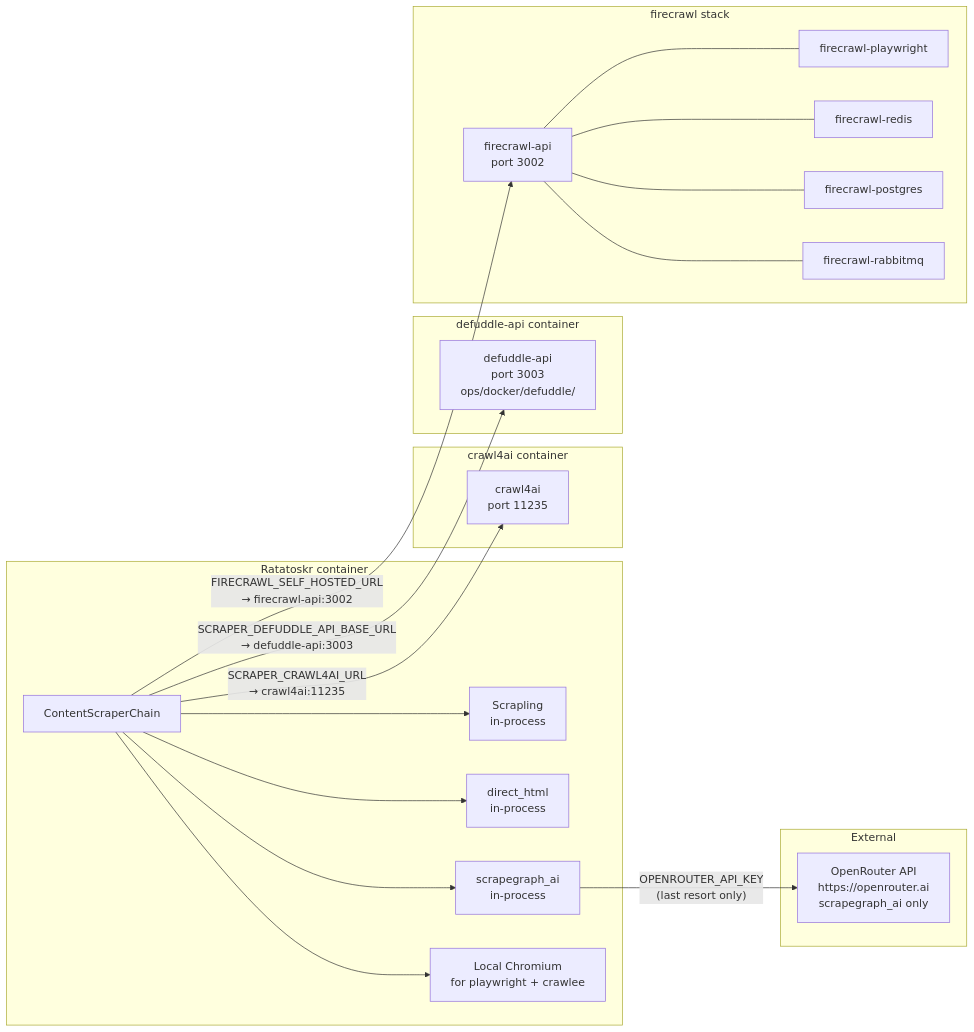
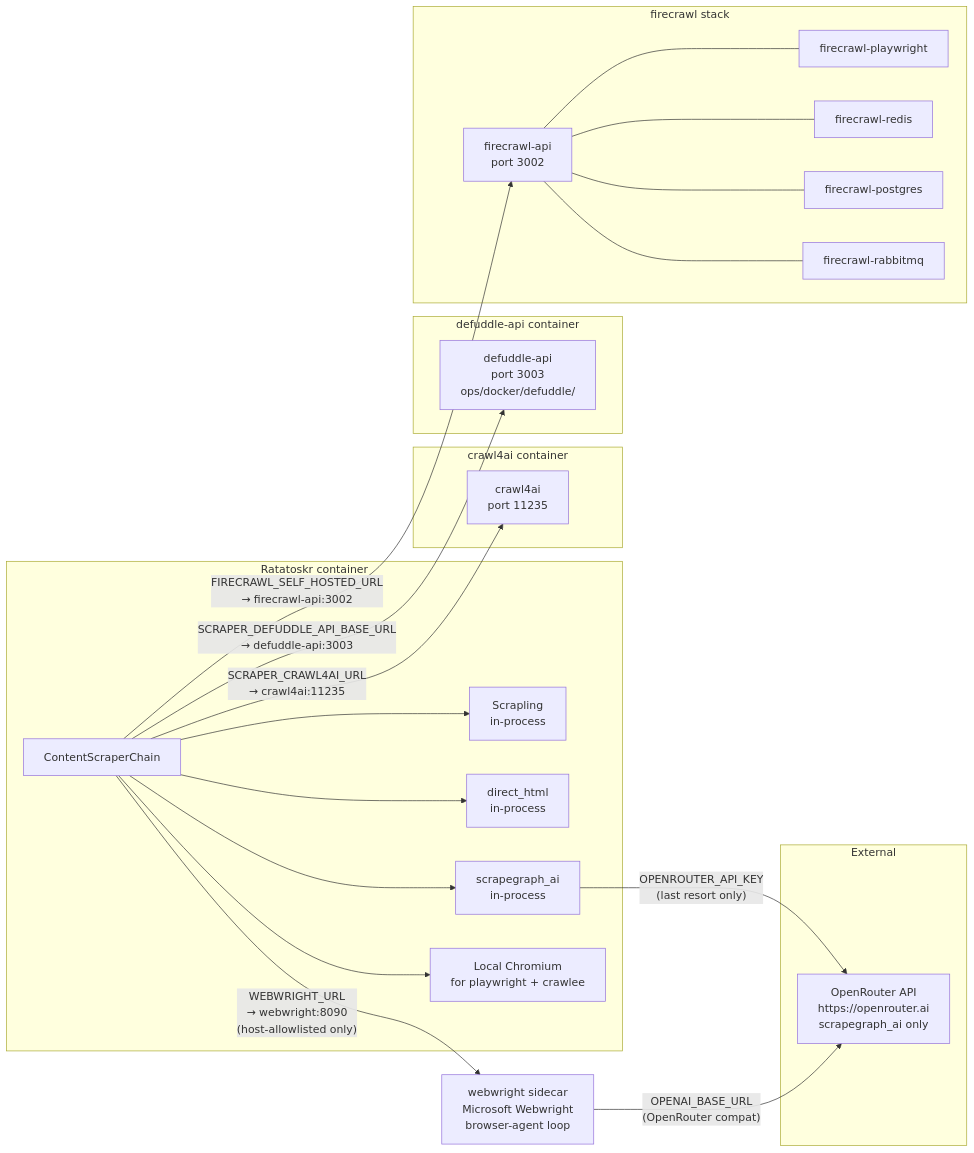
The second of 2 diagrams in docs/explanation/scraper-chain.md (po4yka/ratatoskr), drawn with Mermaid before and after one commit. The commit also changed other lines of this file and 6 other files, not shown here.

````diff
--- a/docs/explanation/scraper-chain.md
+++ b/docs/explanation/scraper-chain.md
@@ -130,43 +135,45 @@
 ```mermaid
 flowchart LR
     subgraph RatatoskrContainer[Ratatoskr container]
         Chain[ContentScraperChain]
         Scrapling2[Scrapling\nin-process]
         DirectHTML2[direct_html\nin-process]
         ScrapegraphAI2[scrapegraph_ai\nin-process]
         Chromium[Local Chromium\nfor playwright + crawlee]
         Chain --> Scrapling2
         Chain --> DirectHTML2
         Chain --> ScrapegraphAI2
         Chain --> Chromium
     end
 
     subgraph Crawl4AIService[crawl4ai container]
         C4AI[crawl4ai\nport 11235]
     end
 
     subgraph DefuddleService[defuddle-api container]
         DefuddleAPI[defuddle-api\nport 3003\nops/docker/defuddle/]
     end
 
     subgraph FirecrawlStack[firecrawl stack]
         FirecrawlAPI[firecrawl-api\nport 3002]
         FirecrawlPW[firecrawl-playwright]
         FirecrawlRedis[firecrawl-redis]
         FirecrawlPG[firecrawl-postgres]
         FirecrawlRMQ[firecrawl-rabbitmq]
         FirecrawlAPI --- FirecrawlPW
         FirecrawlAPI --- FirecrawlRedis
         FirecrawlAPI --- FirecrawlPG
         FirecrawlAPI --- FirecrawlRMQ
     end
 
     subgraph External[External]
         OpenRouter[OpenRouter API\nhttps://openrouter.ai\nscrapegraph_ai only]
     end
 
     Chain -- "SCRAPER_CRAWL4AI_URL\n→ crawl4ai:11235" --> C4AI
     Chain -- "FIRECRAWL_SELF_HOSTED_URL\n→ firecrawl-api:3002" --> FirecrawlAPI
     Chain -- "SCRAPER_DEFUDDLE_API_BASE_URL\n→ defuddle-api:3003" --> DefuddleAPI
+    Chain -- "WEBWRIGHT_URL\n→ webwright:8090\n(host-allowlisted only)" --> WebwrightAPI[webwright sidecar\nMicrosoft Webwright\nbrowser-agent loop]
     ScrapegraphAI2 -- "OPENROUTER_API_KEY\n(last resort only)" --> OpenRouter
+    WebwrightAPI -- "OPENAI_BASE_URL\n(OpenRouter compat)" --> OpenRouter
 ```
````
